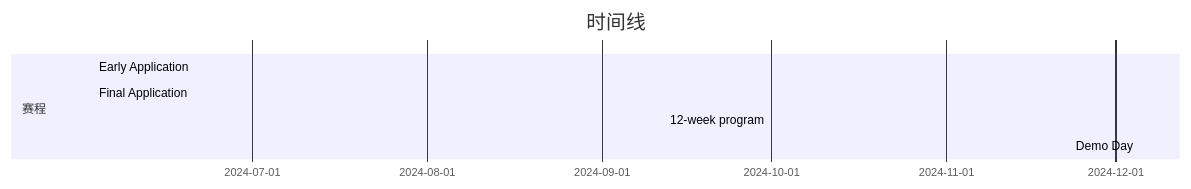
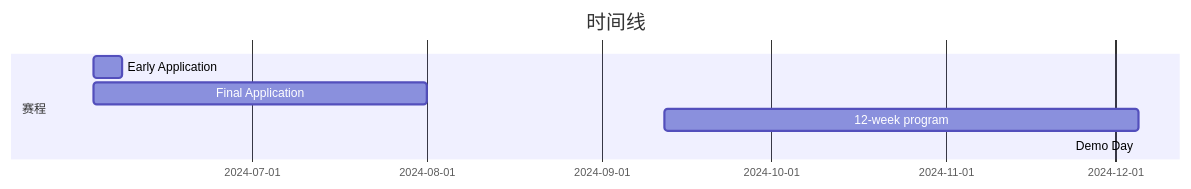
The sixth of 6 diagrams in README.md (Yuyz0112/hackathons), drawn with Mermaid before and after one commit.

````diff
--- a/README.md
+++ b/README.md
@@ -123,11 +123,11 @@
 ```mermaid
 gantt
     title 时间线
-    dateFormat  YYYY-MM-DDTHH:mm
+    dateFormat  YYYY-MM-DD
 
     section 赛程
         Early Application: 2024-06-03, 2024-06-08
         Final Application: 2024-06-03, 2024-08-01
         12-week program: 2024-09-12, 2024-12-05
         Demo Day: 2024-12-05, 2024-12-05
 ```
````
